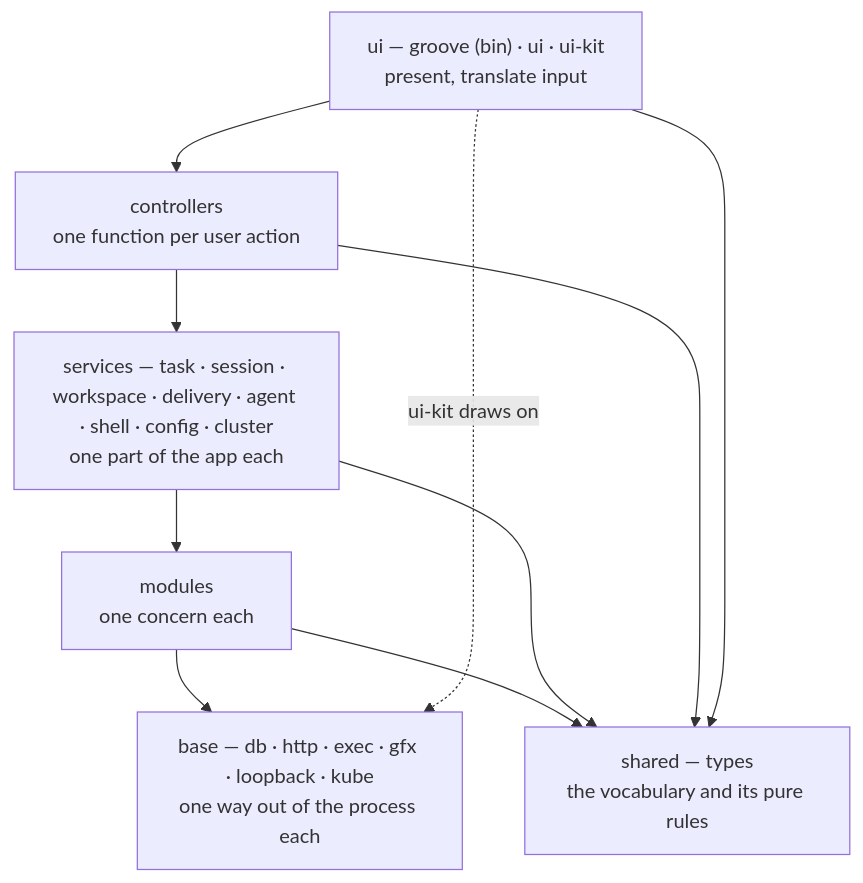
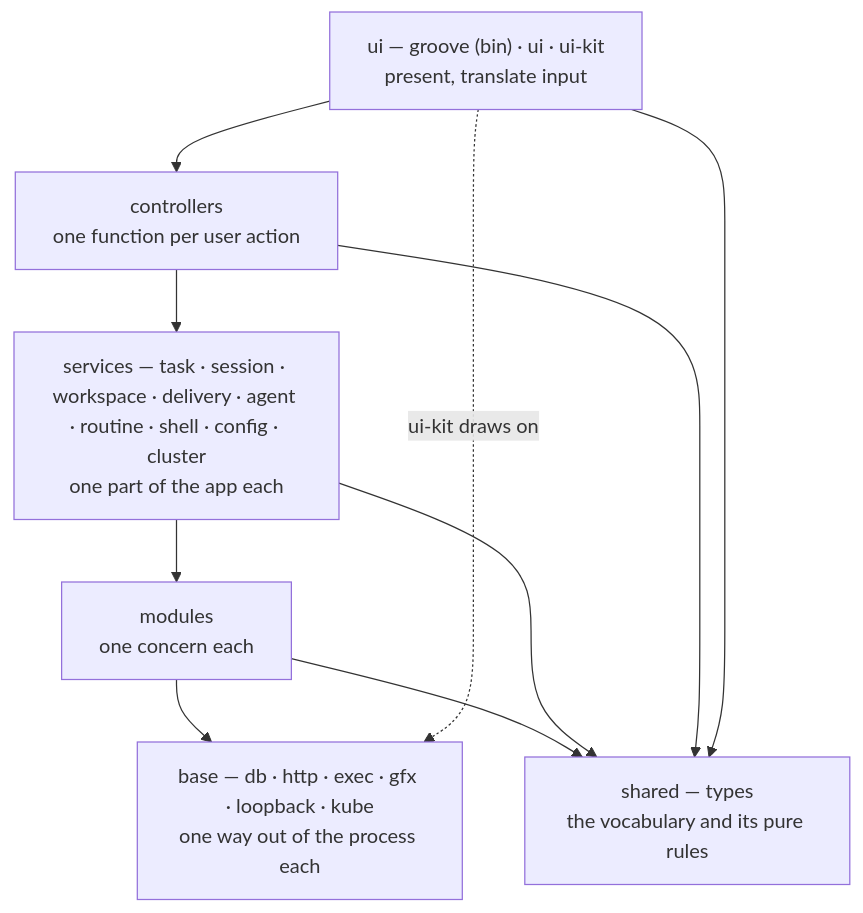
Before and after one commit to haoov/groove: the first of 2 diagrams in docs/architecture.md, drawn with Mermaid. The commit also changed 30 other files, not shown here.

````diff
--- a/docs/architecture.md
+++ b/docs/architecture.md
@@ -9,15 +9,15 @@
 ```mermaid
 flowchart TD
     ui["ui — groove (bin) · ui · ui-kit<br/>present, translate input"]
     controllers["controllers<br/>one function per user action"]
-    services["services — task · session · workspace · delivery · agent · shell · config · cluster<br/>one part of the app each"]
+    services["services — task · session · workspace · delivery · agent · routine · shell · config · cluster<br/>one part of the app each"]
     modules["modules<br/>one concern each"]
     base["base — db · http · exec · gfx · loopback · kube<br/>one way out of the process each"]
     shared["shared — types<br/>the vocabulary and its pure rules"]
     ui --> controllers --> services --> modules --> base
     ui -. "ui-kit draws on" .-> base
     modules --> shared
     services --> shared
     controllers --> shared
     ui --> shared
 ```
````
